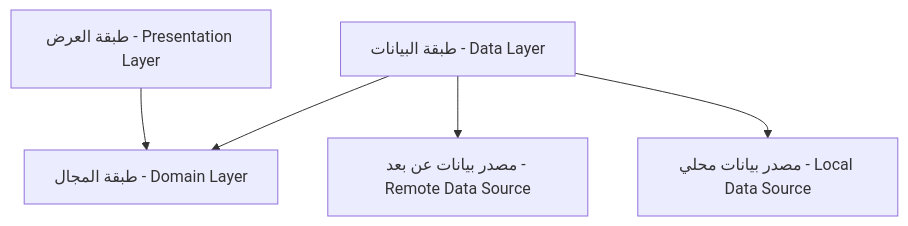
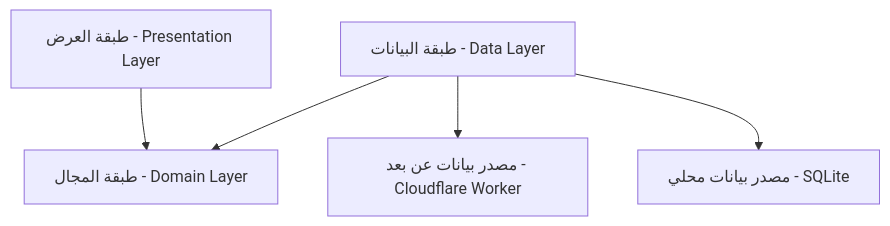
Before and after one commit to MLotfy88/MediSwitch-Final: the diagram in memory-bank/systemPatterns.md, drawn with Mermaid. The commit also changed other lines of this file and 4 other files, not shown here.

````diff
--- a/memory-bank/systemPatterns.md
+++ b/memory-bank/systemPatterns.md
@@ -7,7 +7,7 @@
 ```mermaid
 graph TD
     UI[طبقة العرض - Presentation Layer] --> Domain[طبقة المجال - Domain Layer]
     Data[طبقة البيانات - Data Layer] --> Domain
-    Data --> Remote[مصدر بيانات عن بعد - Remote Data Source]
-    Data --> Local[مصدر بيانات محلي - Local Data Source]
+    Data --> Remote[مصدر بيانات عن بعد - Cloudflare Worker]
+    Data --> Local[مصدر بيانات محلي - SQLite]
 ```
````
